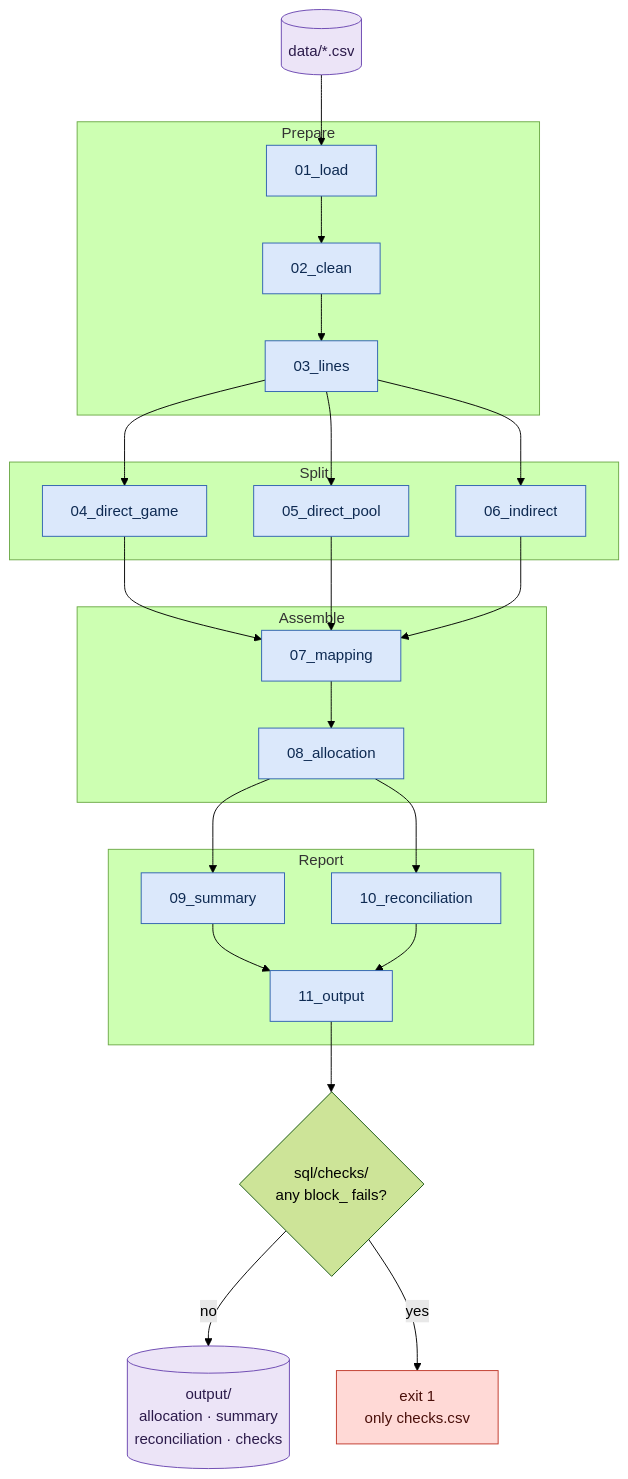
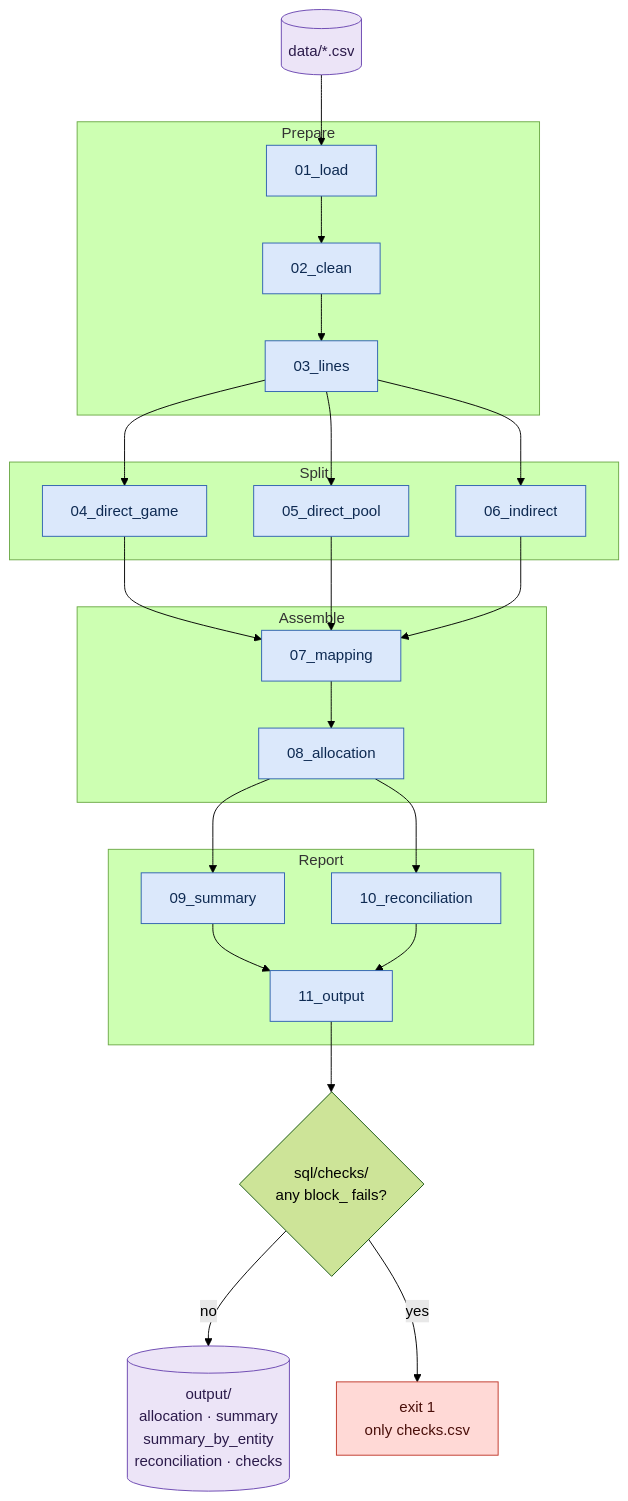
Before and after one commit to felipiadenildo/lumen-games-allocation: the third of 3 diagrams in docs/design.md, drawn with Mermaid (forest theme). The commit also changed other lines of this file and 6 other files, not shown here.

Commit message:
Add summary by booked entity and check it against the reconciliation

````diff
--- a/docs/design.md
+++ b/docs/design.md
@@ -433,40 +448,40 @@
 ```mermaid
 flowchart TD
     IN[("data/*.csv")]
 
     subgraph PREP["Prepare"]
         P01["01_load"] --> P02["02_clean"] --> P03["03_lines"]
     end
 
     subgraph SPLIT["Split"]
         P04["04_direct_game"]
         P05["05_direct_pool"]
         P06["06_indirect"]
     end
 
     subgraph BUILD["Assemble"]
         P07["07_mapping"] --> P08["08_allocation"]
     end
 
     subgraph REPORT["Report"]
         P09["09_summary"]
         P10["10_reconciliation"]
         P11["11_output"]
     end
 
     IN --> P01
     P03 --> P04 & P05 & P06
     P04 & P05 & P06 --> P07
     P08 --> P09 & P10
     P09 & P10 --> P11
     P11 --> CK{"sql/checks/<br/>any block_ fails?"}
-    CK -- no --> OUT[("output/<br/>allocation · summary<br/>reconciliation · checks")]
+    CK -- no --> OUT[("output/<br/>allocation · summary<br/>summary_by_entity<br/>reconciliation · checks")]
     CK -- yes --> STOP["exit 1<br/>only checks.csv"]
 
     classDef step fill:#dbe8fb,stroke:#2f62b0,color:#0e2a52
     classDef io fill:#ece4f7,stroke:#6a46b0,color:#2b1a4a
     classDef stop fill:#ffd9d6,stroke:#c0392b,color:#4a0f0a
     class P01,P02,P03,P04,P05,P06,P07,P08,P09,P10,P11 step
     class IN,OUT io
     class STOP stop
 ```
````
